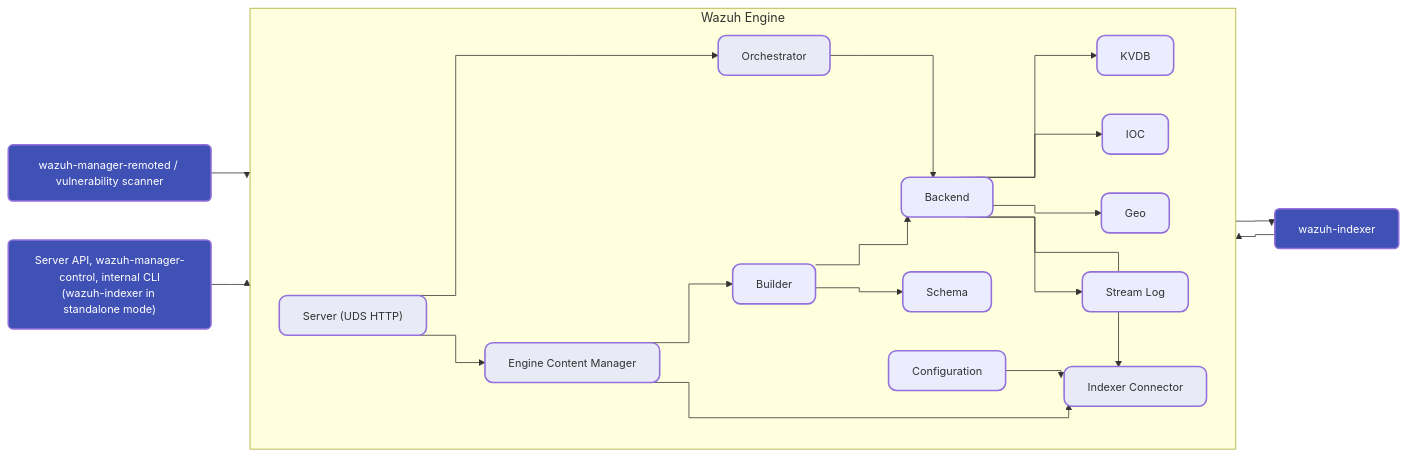
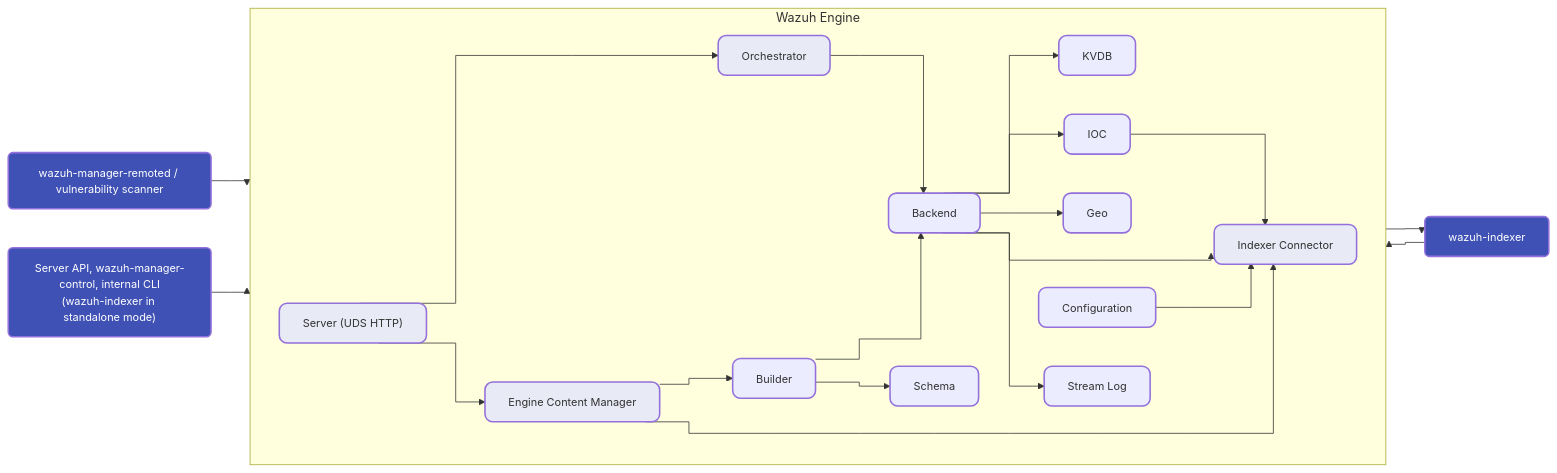
The first of 3 diagrams in docs/ref/modules/engine/architecture.md (wazuh/wazuh), drawn with Mermaid before and after one commit. The commit also changed other lines of this file and 264 other files, not shown here.

````diff
--- a/docs/ref/modules/engine/architecture.md
+++ b/docs/ref/modules/engine/architecture.md
@@ -17,52 +17,53 @@
 ```mermaid
 ---
 config:
   flowchart:
     curve: stepAfter
 ---
 flowchart LR
 
 classDef ExternalClass font-size:14px,stroke-width:2px,fill:#3f51b5,color:#fff,rx:6,ry:6
 classDef ModuleClass font-size:14px,stroke-width:2px,rx:10,ry:10
 classDef HubClass font-size:14px,stroke-width:2px,fill:#e8eaf6,rx:10,ry:10
 
 remoted["wazuh-manager-remoted / vulnerability scanner"]:::ExternalClass
 operator["Server API, wazuh-manager-control, internal CLI<br/>(wazuh-indexer in standalone mode)"]:::ExternalClass
 indexer["wazuh-indexer"]:::ExternalClass
 
 subgraph engine["Wazuh Engine"]
   direction LR
 
   server["Server (UDS HTTP)"]:::HubClass
   orchestrator["Orchestrator"]:::HubClass
   backend["Backend"]:::ModuleClass
   builder["Builder"]:::ModuleClass
   schema["Schema"]:::ModuleClass
   cm["Engine Content Manager"]:::HubClass
   kvdb["KVDB"]:::ModuleClass
   ioc["IOC"]:::ModuleClass
   geo["Geo"]:::ModuleClass
   ic["Indexer Connector"]:::HubClass
   streamlog["Stream Log"]:::ModuleClass
   conf["Configuration"]:::ModuleClass
 
   server --> orchestrator
   server --> cm
   orchestrator --> backend
   cm --> builder
   builder --> backend
   builder --> schema
   backend --> kvdb
   backend --> ioc
   backend --> geo
   backend --> ic
   backend --> streamlog
   cm --> ic
+  ioc --> ic
   conf --> ic
 end
 
 remoted --> server
 operator --> server
 ic --> indexer
 indexer --> ic
 ```
````
